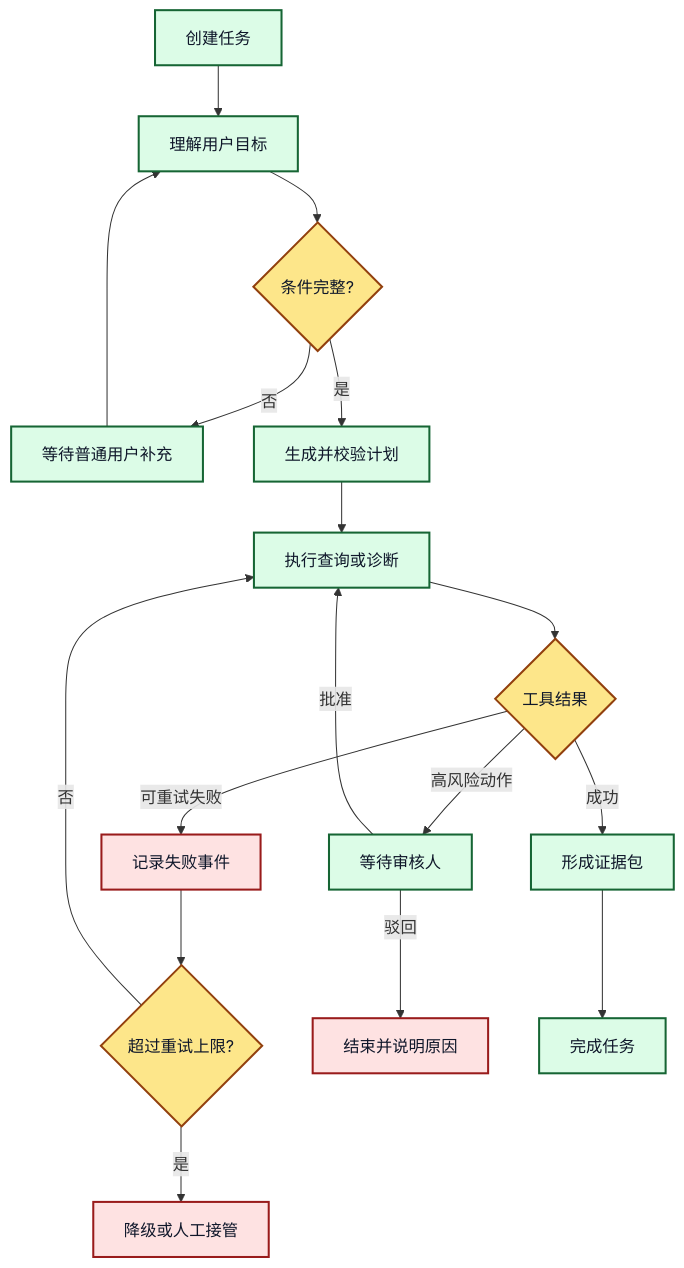
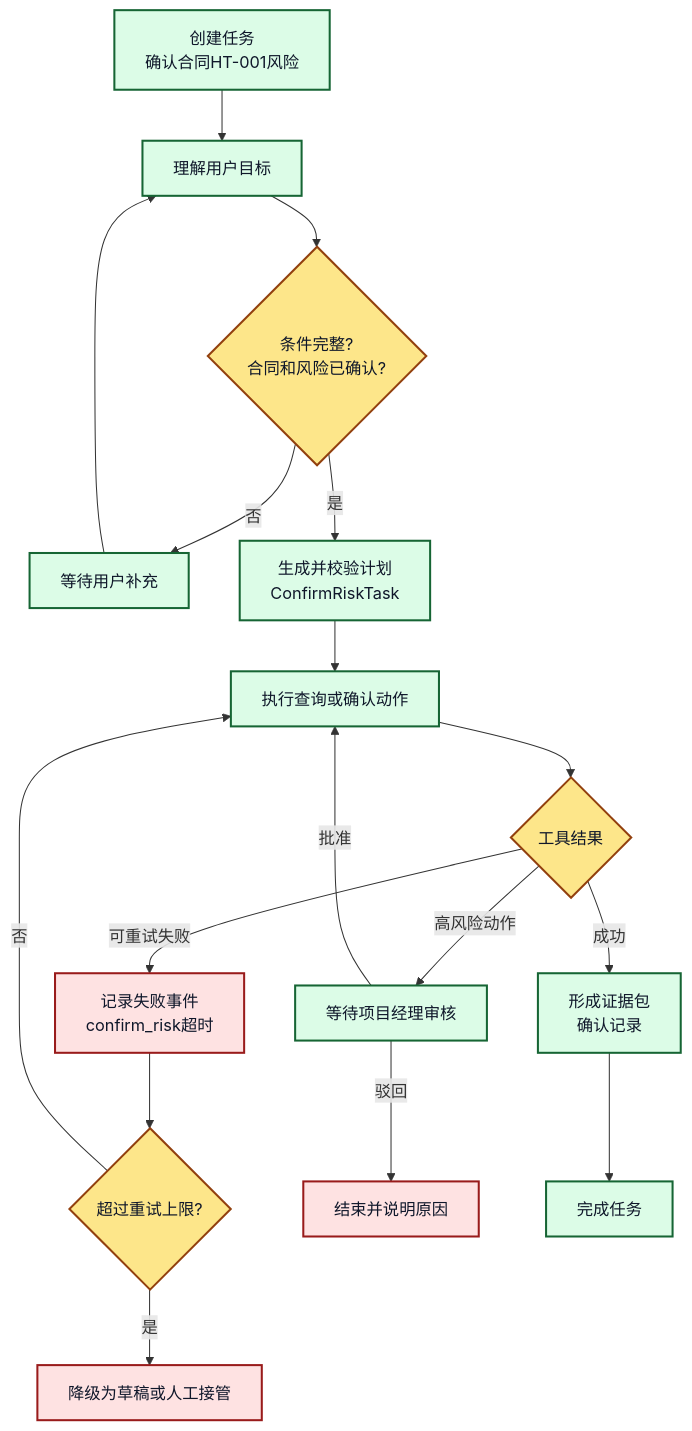
The fourth of 4 diagrams in 本体论-agent/05-Agent集成/15.本体论与工作流.md (sealzrt/2026-08--agent), drawn with Mermaid before and after one commit. The commit also changed other lines of this file and 62 other files, not shown here.

````diff
--- a/本体论-agent/05-Agent集成/15.本体论与工作流.md
+++ b/本体论-agent/05-Agent集成/15.本体论与工作流.md
@@ -87,26 +148,26 @@
 ```mermaid
 flowchart TD
-    A[创建任务] --> B[理解用户目标]
-    B --> C{条件完整?}
-    C -->|否| D[等待普通用户补充]
+    A[创建任务<br/>确认合同HT-001风险] --> B[理解用户目标]
+    B --> C{条件完整?<br/>合同和风险已确认?}
+    C -->|否| D[等待用户补充]
     D --> B
-    C -->|是| E[生成并校验计划]
-    E --> F[执行查询或诊断]
+    C -->|是| E[生成并校验计划<br/>ConfirmRiskTask]
+    E --> F[执行查询或确认动作]
     F --> G{工具结果}
-    G -->|成功| H[形成证据包]
-    G -->|可重试失败| I[记录失败事件]
+    G -->|成功| H[形成证据包<br/>确认记录]
+    G -->|可重试失败| I[记录失败事件<br/>confirm_risk超时]
     I --> J{超过重试上限?}
     J -->|否| F
-    J -->|是| K[降级或人工接管]
-    G -->|高风险动作| L[等待审核人]
+    J -->|是| K[降级为草稿或人工接管]
+    G -->|高风险动作| L[等待项目经理审核]
     L -->|批准| F
     L -->|驳回| M[结束并说明原因]
     H --> N[完成任务]
 
     classDef normal fill:#DCFCE7,stroke:#166534,color:#0F172A,stroke-width:2px;
     classDef decision fill:#FDE68A,stroke:#92400E,color:#0F172A,stroke-width:2px;
     classDef failure fill:#FEE2E2,stroke:#991B1B,color:#0F172A,stroke-width:2px;
     class A,B,D,E,F,H,L,N normal;
     class C,G,J decision;
     class I,K,M failure;
 ```
````
